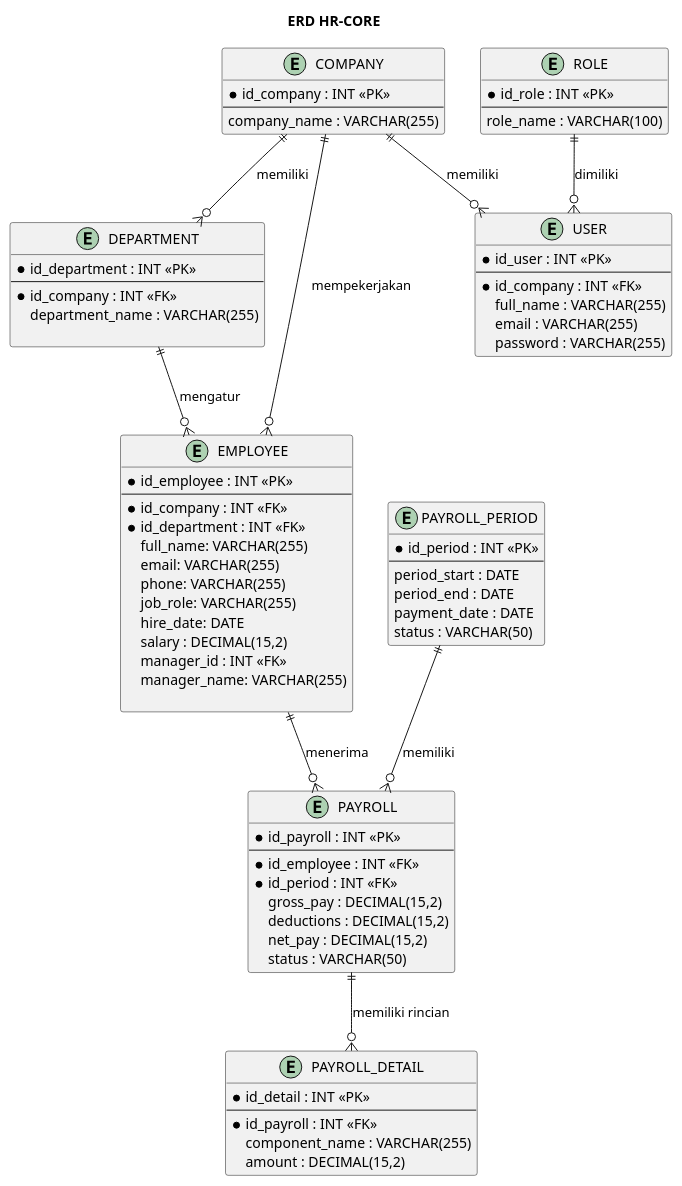
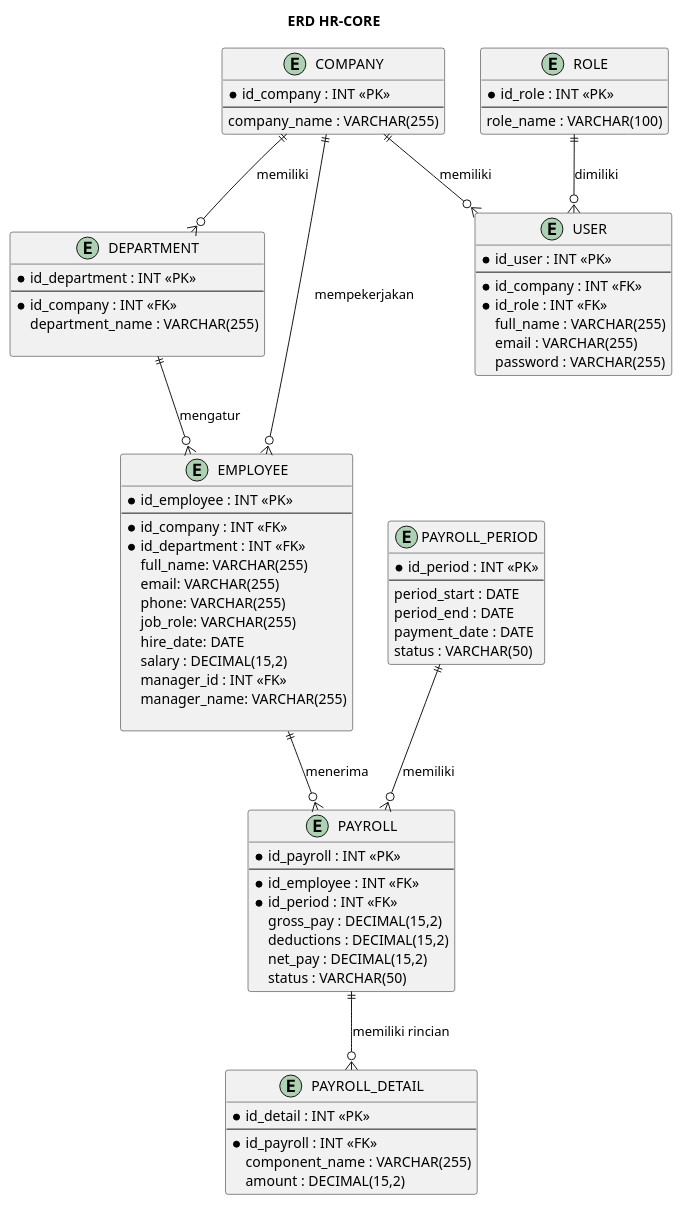
Before and after one commit to raissas18/batch-37-Raissa: the diagram in HR.pum.wsd, drawn with PlantUML.

```diff
--- a/HR.pum.wsd
+++ b/HR.pum.wsd
@@ -1,117 +1,118 @@
 @startuml
 title ERD HR-CORE
 ' =========================
 ' TABEL COMPANY
 ' =========================
 entity "COMPANY" as COMPANY {
     * id_company : INT <<PK>>
     --
     company_name : VARCHAR(255)
 }
 
 ' =========================
 ' TABEL USER
 ' =========================
 entity "USER" as USERS {
     * id_user : INT <<PK>>
     --
     * id_company : INT <<FK>>
+    * id_role : INT <<FK>>
     full_name : VARCHAR(255)
     email : VARCHAR(255)
     password : VARCHAR(255)
 }
 
 entity "ROLE" as ROLE {
     * id_role : INT <<PK>>
     --
     role_name : VARCHAR(100)
 }
 
 ' =========================
 ' TABEL DEPARTMENT
 ' =========================
 entity "DEPARTMENT" as DEPARTMENT {
     * id_department : INT <<PK>>
     --
     * id_company : INT <<FK>>
     department_name : VARCHAR(255)
     
 }
 ' =========================
 ' TABEL EMPLOYEE
 ' =========================
 entity "EMPLOYEE" as EMPLOYEE {
     * id_employee : INT <<PK>>
     --
     * id_company : INT <<FK>>
     * id_department : INT <<FK>>
      full_name: VARCHAR(255)
      email: VARCHAR(255)
      phone: VARCHAR(255)
      job_role: VARCHAR(255)
      hire_date: DATE
      salary : DECIMAL(15,2)
     manager_id : INT <<FK>>
     manager_name: VARCHAR(255)
     
 }
 ' =========================
 ' TABEL PAYROLL_PERIOD
 ' =========================
 entity "PAYROLL_PERIOD" as PERIOD {
     * id_period : INT <<PK>>
     --
     period_start : DATE
     period_end : DATE
     payment_date : DATE
     status : VARCHAR(50)
 }
 
 ' =========================
 ' TABEL PAYROLL
 ' =========================
 entity "PAYROLL" as PAYROLL {
     * id_payroll : INT <<PK>>
     --
     * id_employee : INT <<FK>>
     * id_period : INT <<FK>>
       gross_pay : DECIMAL(15,2)
       deductions : DECIMAL(15,2)
       net_pay : DECIMAL(15,2)
       status : VARCHAR(50)
 }
 
 ' =========================
 ' TABEL PAYROLL_DETAIL
 ' =========================
 entity "PAYROLL_DETAIL" as DETAIL {
     * id_detail : INT <<PK>>
     --
     * id_payroll : INT <<FK>>
     component_name : VARCHAR(255)
     amount : DECIMAL(15,2)
 }
 
 ' =========================
 ' RELASI ANTAR TABEL
 ' =========================
 
 COMPANY ||--o{ USERS : memiliki
 
 ROLE ||--o{ USERS : dimiliki
 
 COMPANY ||--o{ DEPARTMENT : memiliki
 
 COMPANY ||--o{ EMPLOYEE : mempekerjakan
 
 DEPARTMENT ||--o{ EMPLOYEE : mengatur
 
 EMPLOYEE ||--o{ PAYROLL : menerima
 
 PERIOD ||--o{ PAYROLL : memiliki
 
 PAYROLL ||--o{ DETAIL : memiliki rincian
 
 
 
 @enduml
```
